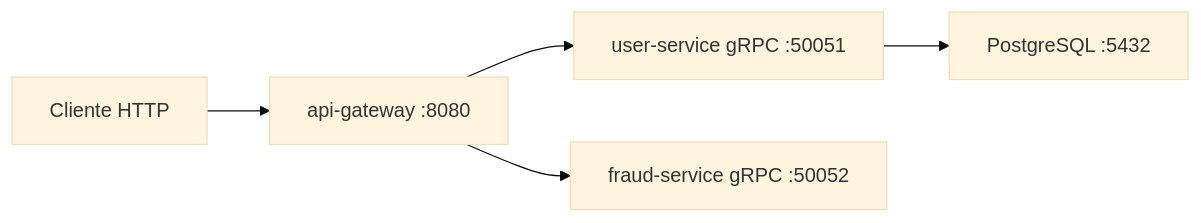
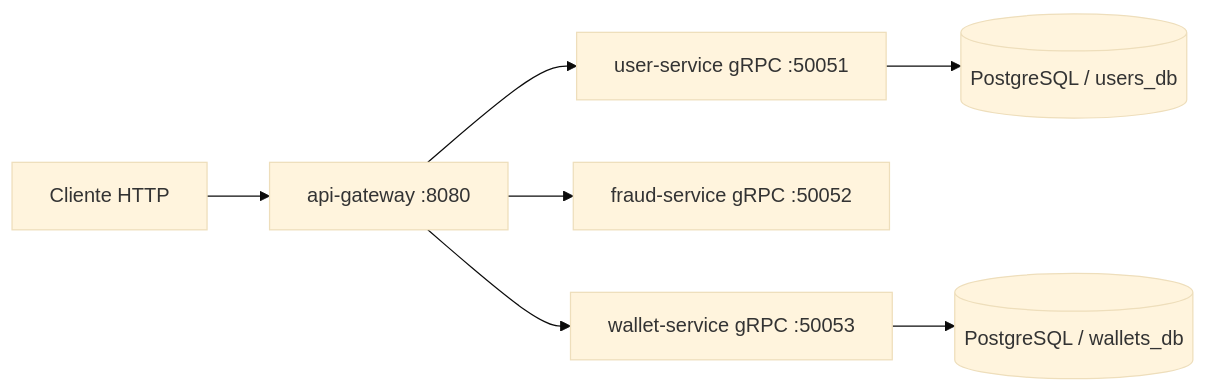
The diagram in README.md (Lucascabral95/peer-ledger-microservices-grpc), drawn with Mermaid (base theme) before and after one commit. The commit also changed other lines of this file and 31 other files, not shown here.

````diff
--- a/README.md
+++ b/README.md
@@ -74,7 +58,9 @@
 ```mermaid
 flowchart LR
     C["Cliente HTTP"] --> G["api-gateway :8080"]
     G --> U["user-service gRPC :50051"]
     G --> F["fraud-service gRPC :50052"]
-    U --> P["PostgreSQL :5432"]
+    G --> W["wallet-service gRPC :50053"]
+    U --> P1[("PostgreSQL / users_db")]
+    W --> P2[("PostgreSQL / wallets_db")]
 ```
````
